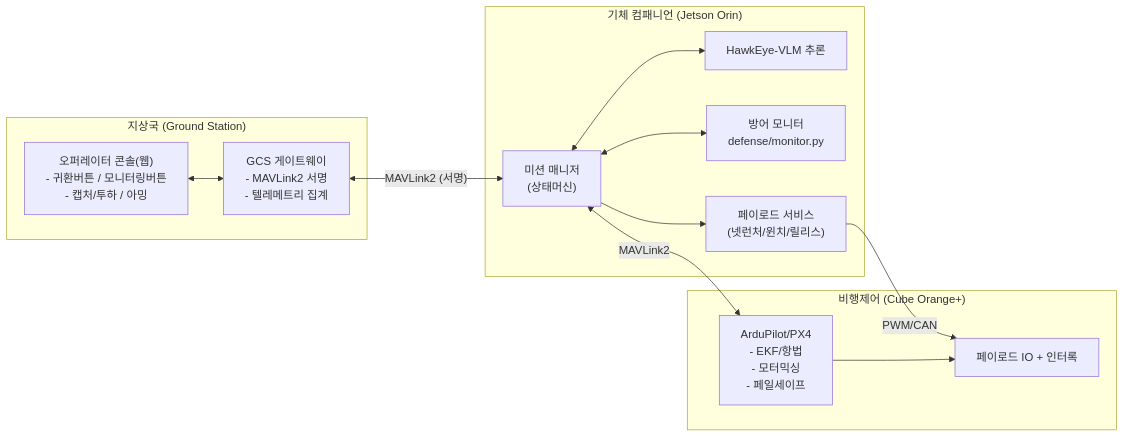
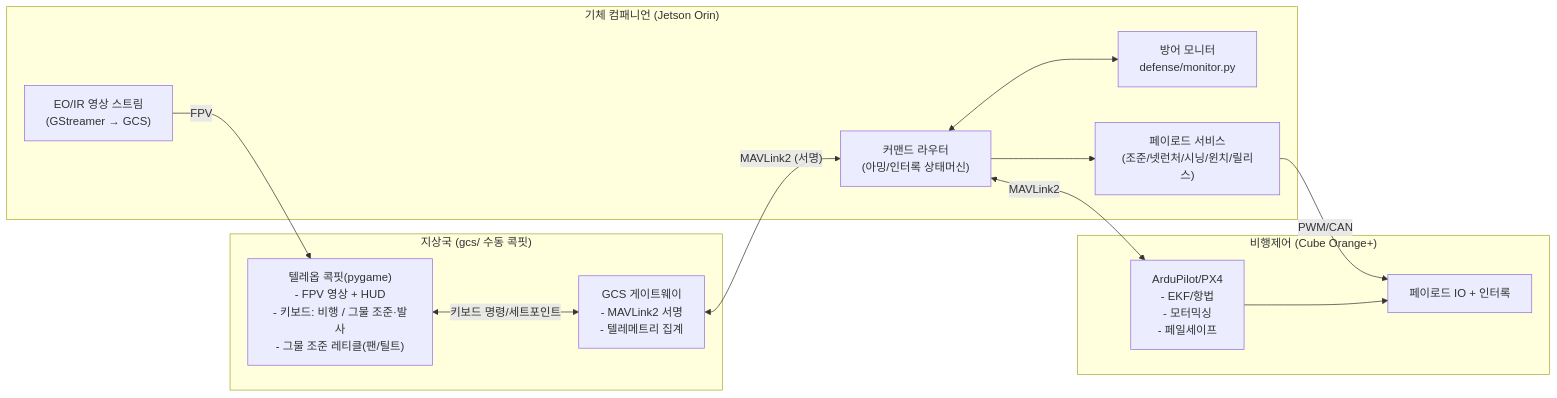
One commit to gkjuwon-tech/TaloNet changed the first of 4 diagrams in docs/07_소프트웨어_기획.md. Above: the diagram before and after it, drawn with Mermaid. The commit also changed other lines of this file and 14 other files, not shown here.

First line of the commit message:
gcs: manual teleop cockpit (keyboard FPV control); remove VLM from the loop

````diff
--- a/docs/07_소프트웨어_기획.md
+++ b/docs/07_소프트웨어_기획.md
@@ -12,26 +16,26 @@
 ```mermaid
 graph LR
-    subgraph GCS["지상국 (Ground Station)"]
-        UI["오퍼레이터 콘솔(웹)\n- 귀환버튼 / 모니터링버튼\n- 캡처/투하 / 아밍"]
+    subgraph GCS["지상국 (gcs/ 수동 콕핏)"]
+        UI["텔레옵 콕핏(pygame)\n- FPV 영상 + HUD\n- 키보드: 비행 / 그물 조준·발사\n- 그물 조준 레티클(팬/틸트)"]
         GW["GCS 게이트웨이\n- MAVLink2 서명\n- 텔레메트리 집계"]
     end
     subgraph AIR["기체 컴패니언 (Jetson Orin)"]
-        MISSION["미션 매니저\n(상태머신)"]
-        PERCEP["HawkEye-VLM 추론"]
+        MISSION["커맨드 라우터\n(아밍/인터록 상태머신)"]
+        VID["EO/IR 영상 스트림\n(GStreamer → GCS)"]
         DEF["방어 모니터\ndefense/monitor.py"]
-        PAYSVC["페이로드 서비스\n(넷런처/윈치/릴리스)"]
+        PAYSVC["페이로드 서비스\n(조준/넷런처/시닝/윈치/릴리스)"]
     end
     subgraph FCU["비행제어 (Cube Orange+)"]
         FW["ArduPilot/PX4\n- EKF/항법\n- 모터믹싱\n- 페일세이프"]
         IO["페이로드 IO + 인터록"]
     end
 
-    UI <--> GW
+    UI <-->|키보드 명령/세트포인트| GW
+    VID -->|FPV| UI
     GW <-->|"MAVLink2 (서명)"| MISSION
-    MISSION <--> PERCEP
     MISSION <--> DEF
     MISSION --> PAYSVC
     MISSION <-->|MAVLink2| FW
     PAYSVC -->|PWM/CAN| IO
     FW --> IO
 ```
````
